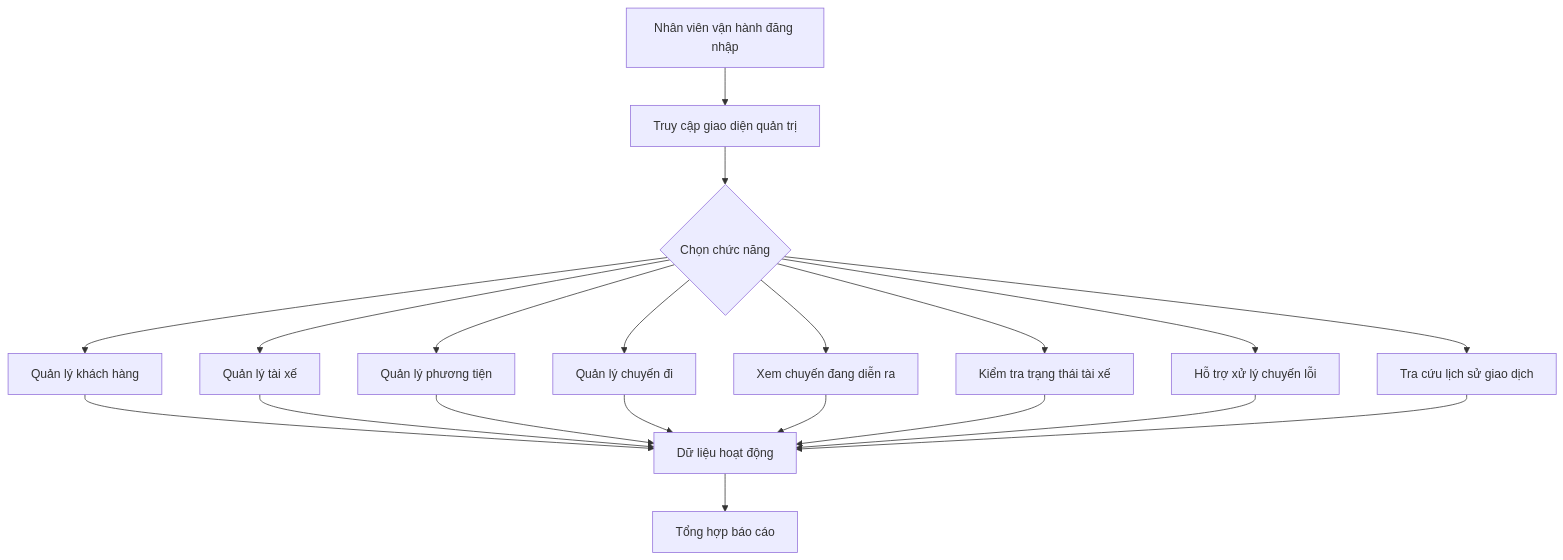
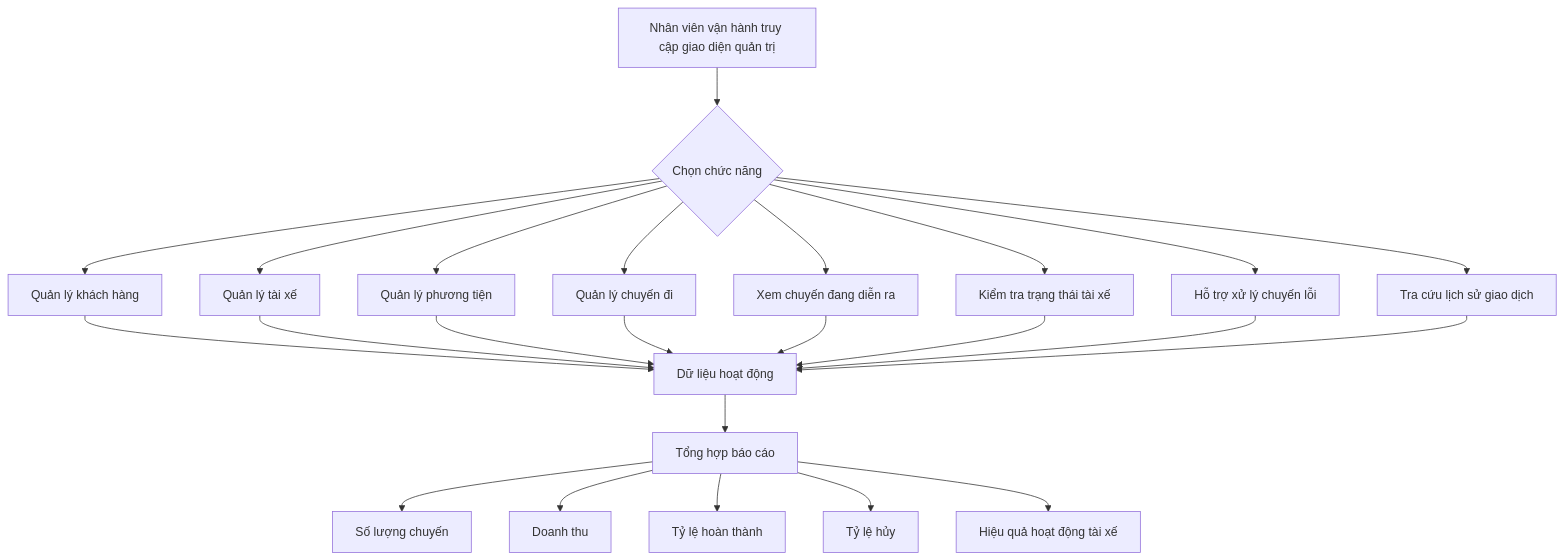
One commit to ngoclinh090608-wq/23707801_Nguyen-Thi-Ngoc-Linh_CABSYSTEM changed the third of 5 diagrams in srs.md. Above: the diagram before and after it, drawn with Mermaid. The commit also changed other lines of this file, not shown here.

````diff
--- a/srs.md
+++ b/srs.md
@@ -159,25 +150,29 @@
 ```mermaid
 flowchart TD
-    A[Nhân viên vận hành đăng nhập] --> B[Truy cập giao diện quản trị]
-    B --> C{Chọn chức năng}
+    A[Nhân viên vận hành truy cập giao diện quản trị] --> B{Chọn chức năng}
 
-    C --> D[Quản lý khách hàng]
-    C --> E[Quản lý tài xế]
-    C --> F[Quản lý phương tiện]
-    C --> G[Quản lý chuyến đi]
-    C --> H[Xem chuyến đang diễn ra]
-    C --> I[Kiểm tra trạng thái tài xế]
-    C --> J[Hỗ trợ xử lý chuyến lỗi]
-    C --> K[Tra cứu lịch sử giao dịch]
+    B --> C[Quản lý khách hàng]
+    B --> D[Quản lý tài xế]
+    B --> E[Quản lý phương tiện]
+    B --> F[Quản lý chuyến đi]
+    B --> G[Xem chuyến đang diễn ra]
+    B --> H[Kiểm tra trạng thái tài xế]
+    B --> I[Hỗ trợ xử lý chuyến lỗi]
+    B --> J[Tra cứu lịch sử giao dịch]
 
-    D --> L[Dữ liệu hoạt động]
-    E --> L
-    F --> L
-    G --> L
-    H --> L
-    I --> L
-    J --> L
-    K --> L
+    C --> K[Dữ liệu hoạt động]
+    D --> K
+    E --> K
+    F --> K
+    G --> K
+    H --> K
+    I --> K
+    J --> K
 
-    L --> M[Tổng hợp báo cáo]
+    K --> L[Tổng hợp báo cáo]
+    L --> M[Số lượng chuyến]
+    L --> N[Doanh thu]
+    L --> O[Tỷ lệ hoàn thành]
+    L --> P[Tỷ lệ hủy]
+    L --> Q[Hiệu quả hoạt động tài xế]
 ```
````
